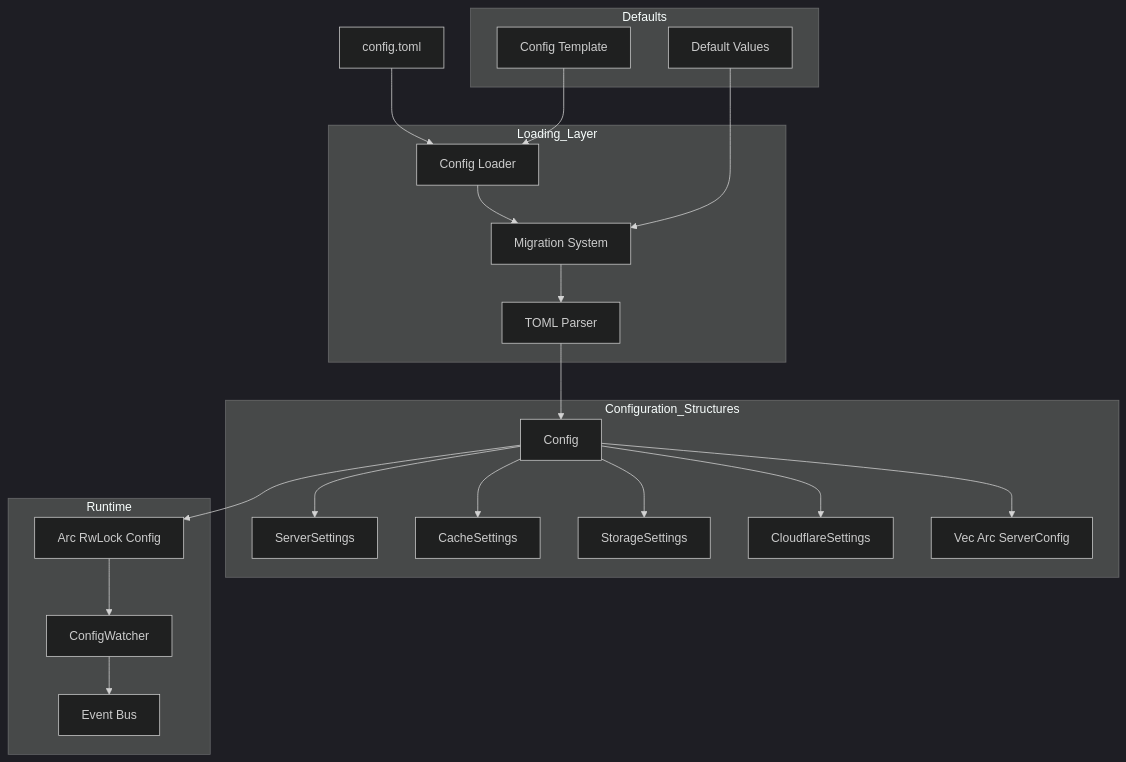
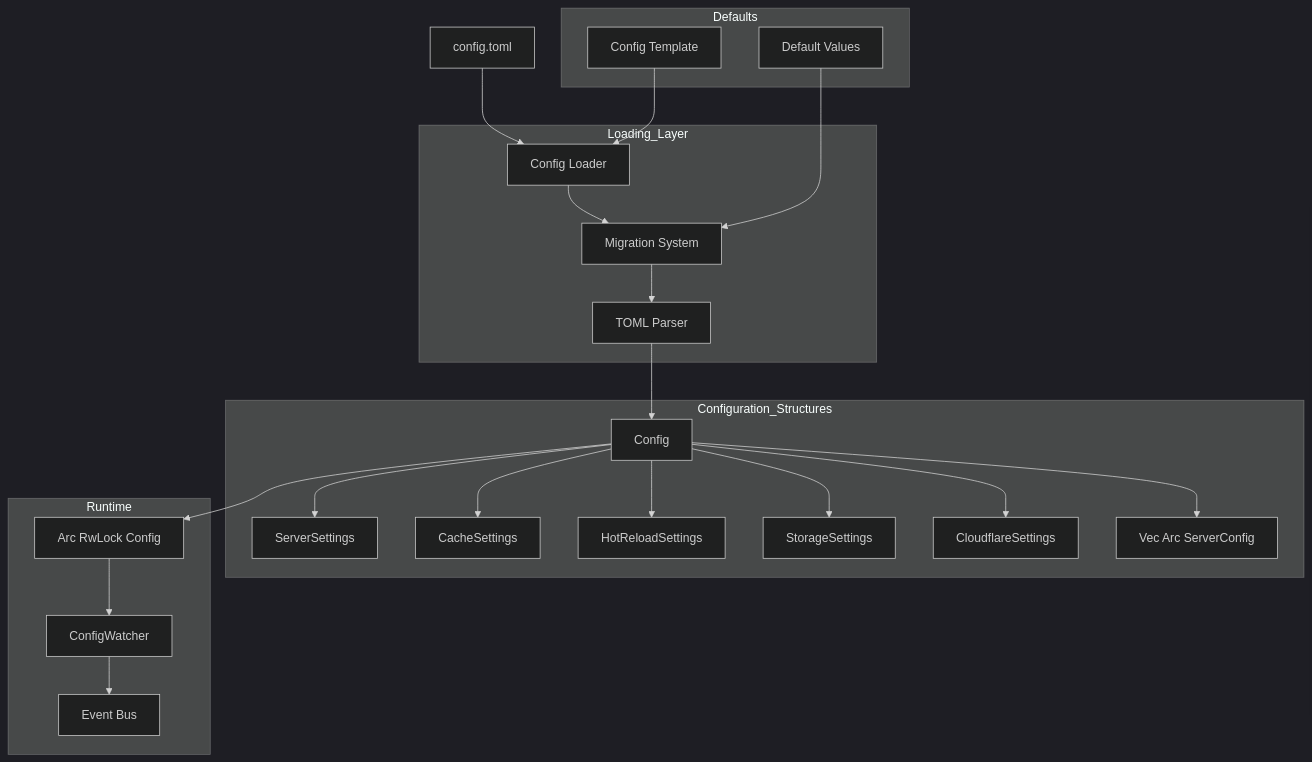
The first of 7 diagrams in crates/config/docs/architecture.md (Lighty-Launcher/LightyUpdater), drawn with Mermaid (dark theme) before and after one commit. The commit also changed other lines of this file and 23 other files, not shown here.

````diff
--- a/crates/config/docs/architecture.md
+++ b/crates/config/docs/architecture.md
@@ -9,46 +9,48 @@
 ```mermaid
 graph TB
     subgraph Loading_Layer
         Loader[Config Loader]
         Migration[Migration System]
         Parser[TOML Parser]
     end
 
     subgraph Configuration_Structures
         Config[Config]
         Server[ServerSettings]
         Cache[CacheSettings]
+        HotReload[HotReloadSettings]
         Storage[StorageSettings]
         CF[CloudflareSettings]
         Servers[Vec Arc ServerConfig]
     end
 
     subgraph Defaults
         DefaultValues[Default Values]
         Template[Config Template]
     end
 
     subgraph Runtime
         RwLock[Arc RwLock Config]
         Watcher[ConfigWatcher]
         Events[Event Bus]
     end
 
     File[config.toml] --> Loader
     Loader --> Migration
     Migration --> Parser
     Parser --> Config
 
     Config --> Server
     Config --> Cache
+    Config --> HotReload
     Config --> Storage
     Config --> CF
     Config --> Servers
 
     DefaultValues --> Migration
     Template --> Loader
 
     Config --> RwLock
     RwLock --> Watcher
     Watcher --> Events
 ```
````
